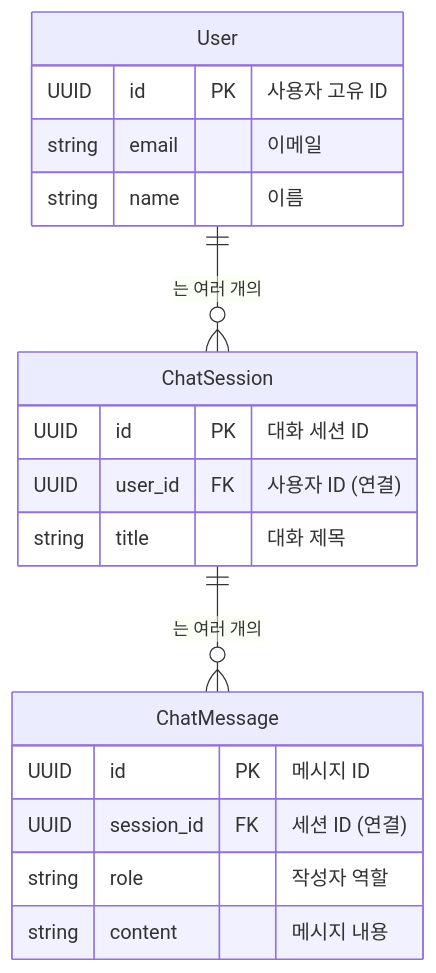
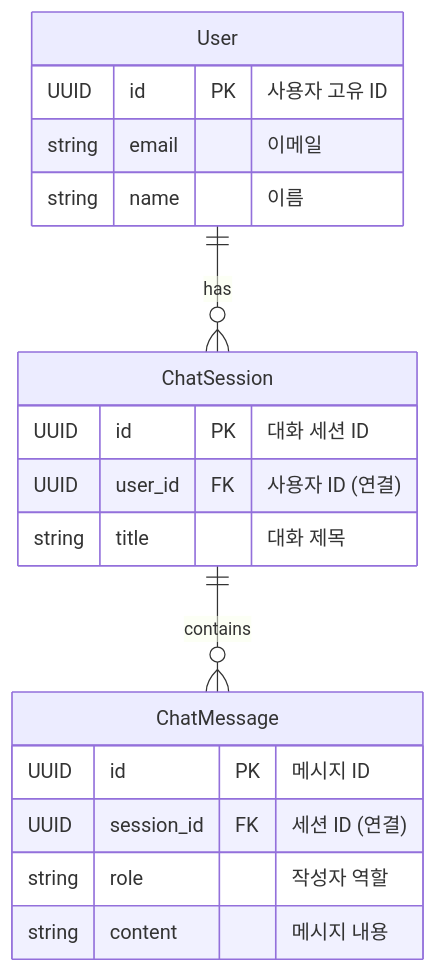
The second of 2 diagrams in docs/01_애플리케이션_데이터_설계도__django_모델__.md (SKNETWORKS-FAMILY-AICAMP/SKN10-FINAL-1Team), drawn with Mermaid before and after one commit. The commit also changed other lines of this file and 13 other files, not shown here.

````diff
--- a/docs/01_애플리케이션_데이터_설계도__django_모델__.md
+++ b/docs/01_애플리케이션_데이터_설계도__django_모델__.md
@@ -115,23 +115,23 @@
 ```mermaid
 erDiagram
     User {
         UUID id PK "사용자 고유 ID"
         string email "이메일"
         string name "이름"
     }
     ChatSession {
         UUID id PK "대화 세션 ID"
         UUID user_id FK "사용자 ID (연결)"
         string title "대화 제목"
     }
     ChatMessage {
         UUID id PK "메시지 ID"
         UUID session_id FK "세션 ID (연결)"
         string role "작성자 역할"
         string content "메시지 내용"
     }
 
-    User ||--o{ ChatSession : "는 여러 개의"
-    ChatSession ||--o{ ChatMessage : "는 여러 개의"
+    User ||--o{ ChatSession : has
+    ChatSession ||--o{ ChatMessage : contains
 
 ```
````
